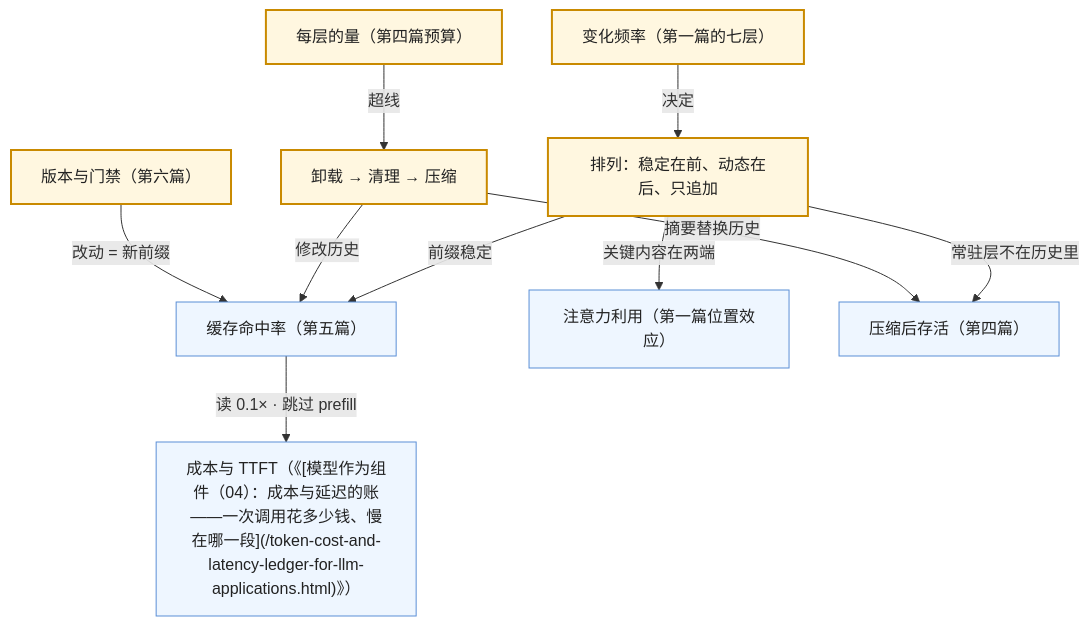
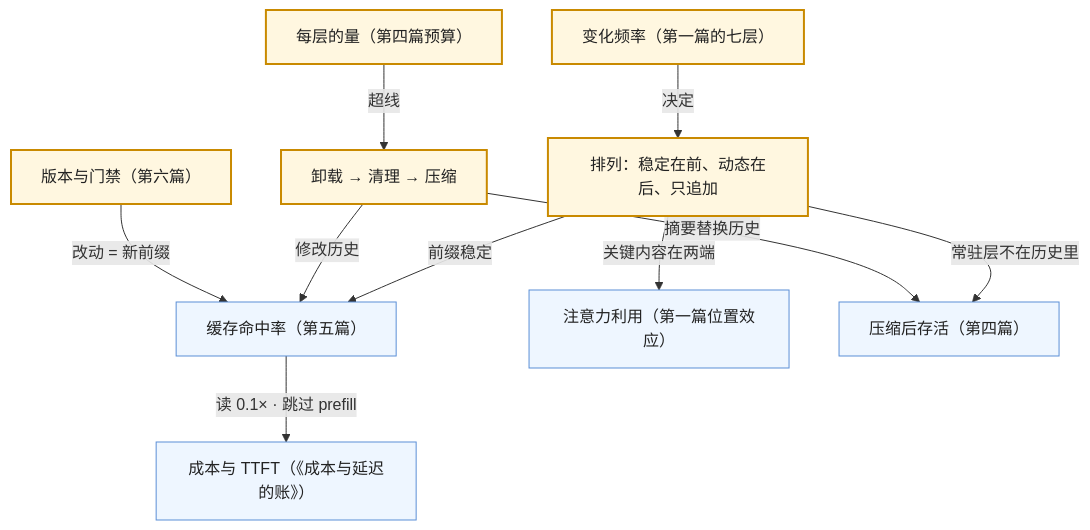
One commit to arganzheng/arganzheng.github.com changed the third of 4 diagrams in _posts/2026-10-11-context-engineering-series-recap-and-self-test.md. Above: the diagram before and after it, drawn with Mermaid. The commit also changed 55 other files, not shown here.

First line of the commit message:
坐标 261 处改成文章标题，修 Mermaid 标签里显示源码的 bug

````diff
--- a/_posts/2026-10-11-context-engineering-series-recap-and-self-test.md
+++ b/_posts/2026-10-11-context-engineering-series-recap-and-self-test.md
@@ -145,18 +145,18 @@
 ```mermaid
 %% 图：顺序即成本：变化频率决定排列，排列同时决定缓存命中率、注意力利用与压缩后存活，最后落到成本与 TTFT
 flowchart TB
     FREQ["变化频率（第一篇的七层）"] -->|"决定"| LAYOUT["排列：稳定在前、动态在后、只追加"]
     LAYOUT -->|"前缀稳定"| HIT["缓存命中率（第五篇）"]
     LAYOUT -->|"关键内容在两端"| ATT["注意力利用（第一篇位置效应）"]
     LAYOUT -->|"常驻层不在历史里"| SURV["压缩后存活（第四篇）"]
-    HIT -->|"读 0.1× · 跳过 prefill"| COST["成本与 TTFT（《[模型作为组件（04）：成本与延迟的账——一次调用花多少钱、慢在哪一段](/token-cost-and-latency-ledger-for-llm-applications.html)》）"]
+    HIT -->|"读 0.1× · 跳过 prefill"| COST["成本与 TTFT（《成本与延迟的账》）"]
     SIZE["每层的量（第四篇预算）"] -->|"超线"| PROC["卸载 → 清理 → 压缩"]
     PROC -->|"修改历史"| HIT
     PROC -->|"摘要替换历史"| SURV
     VER["版本与门禁（第六篇）"] -->|"改动 = 新前缀"| HIT
 
     classDef q fill:#fff7e0,stroke:#c98a00,stroke-width:2px,color:#222
     classDef r fill:#eef6ff,stroke:#5b8fd6,color:#222
     class FREQ,SIZE,VER,LAYOUT,PROC q
     class HIT,ATT,SURV,COST r
 ```
````
